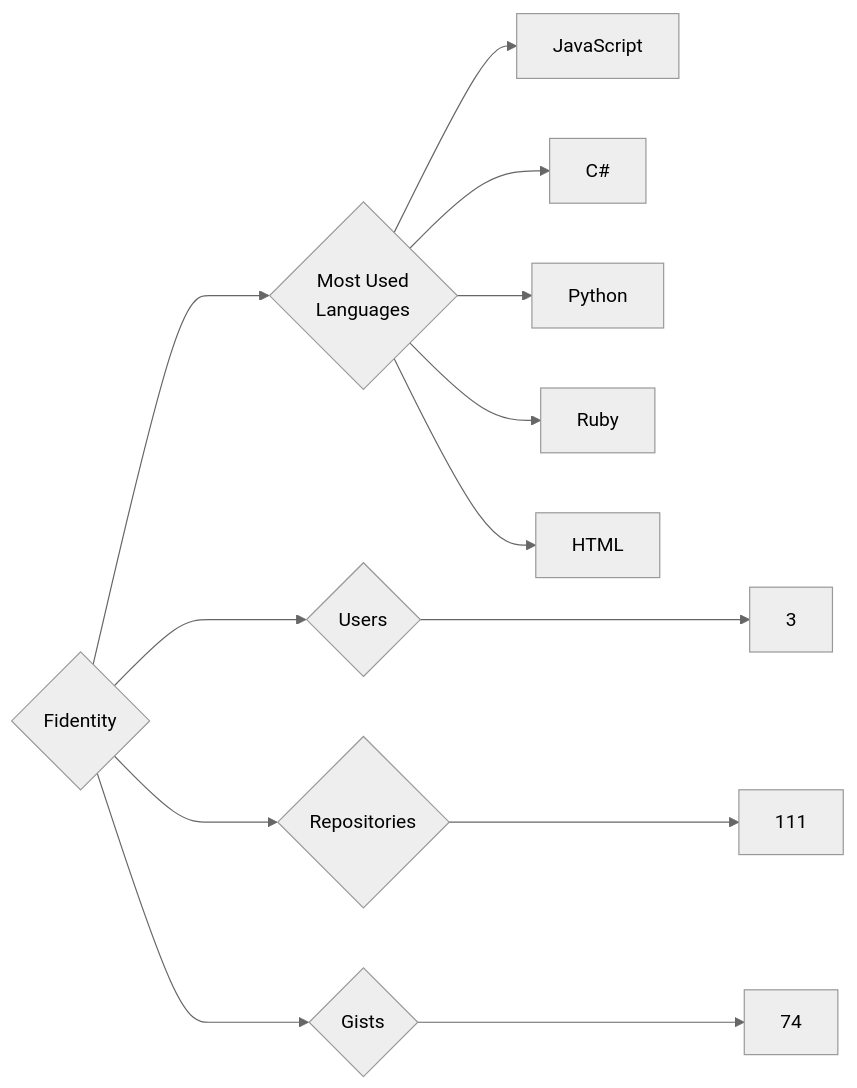
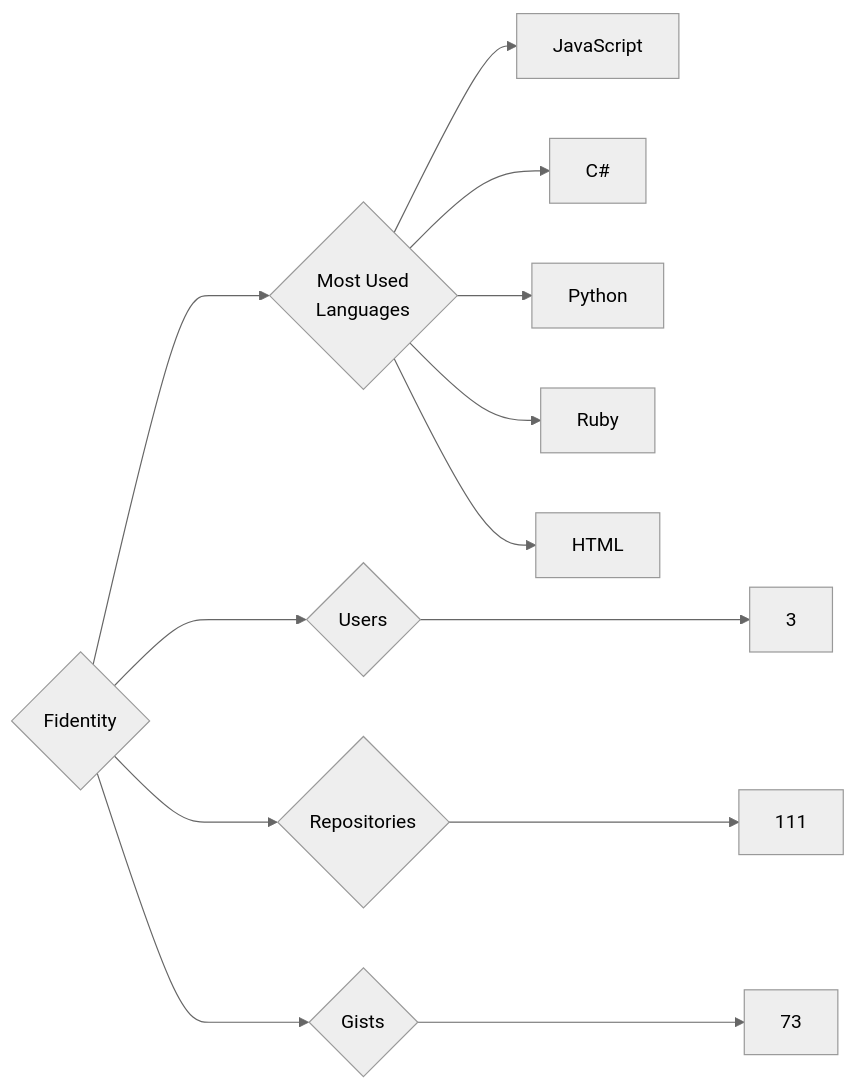
Before and after one commit to trickest/insiders: the diagram in targets/Fidentity/README.md, drawn with Mermaid (neutral theme). The commit also changed 640 other files, not shown here.

````diff
--- a/targets/Fidentity/README.md
+++ b/targets/Fidentity/README.md
@@ -3,13 +3,13 @@
 ```mermaid
 graph LR
 COMPANY_NAME{Fidentity}
 COMPANY_NAME ---> U{Users} ---> UN[3]
 COMPANY_NAME ---> R{Repositories} ---> RN[111]
-COMPANY_NAME ---> G{Gists} ---> GN[74]
+COMPANY_NAME ---> G{Gists} ---> GN[73]
 COMPANY_NAME ---> ML{Most Used<br>Languages}
 ML --> JavaScript[JavaScript]
 ML --> C#[C#]
 ML --> Python[Python]
 ML --> Ruby[Ruby]
 ML --> HTML[HTML]
 ```
````
